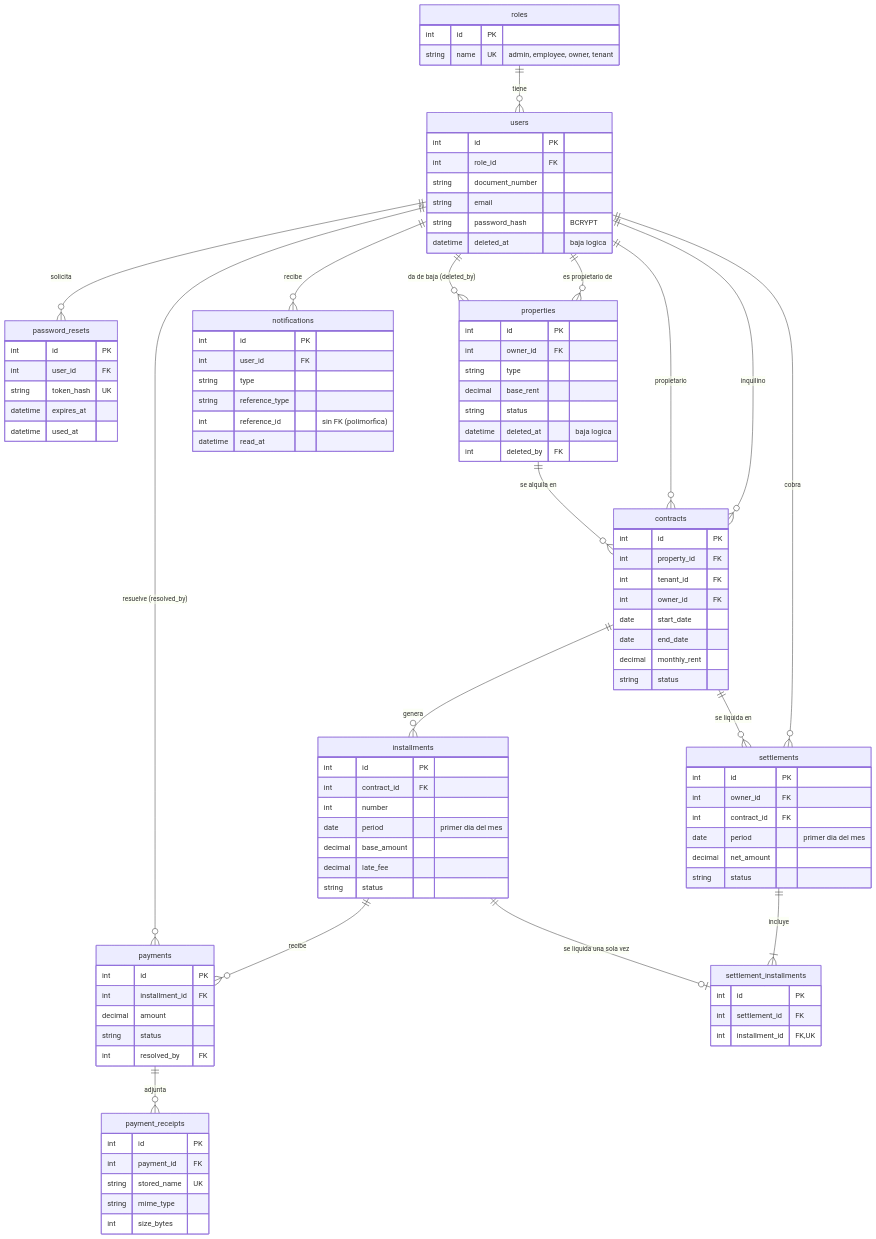
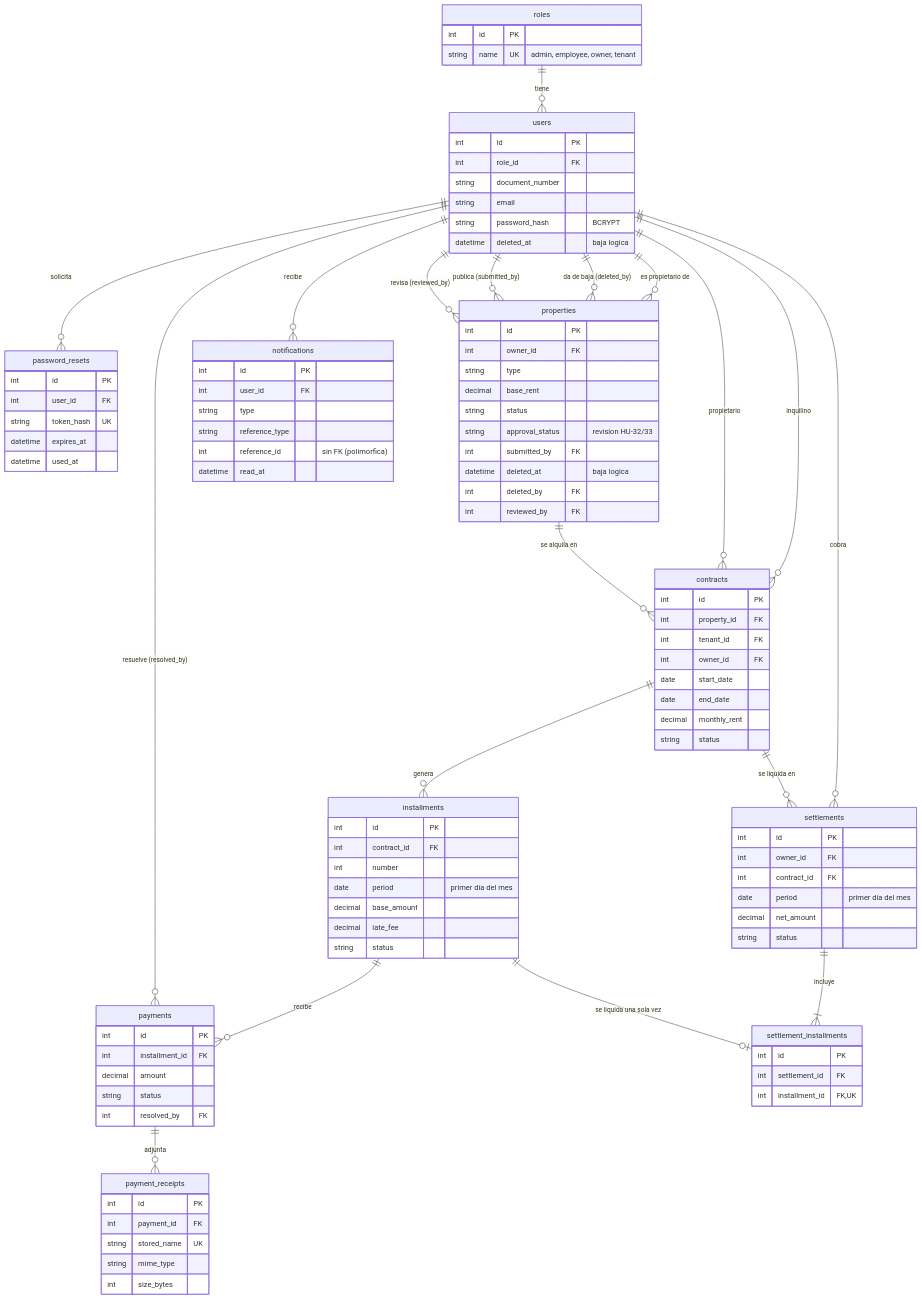
Before and after one commit to EihtSlowFlow/PS-TP_FINAL: the diagram in .docs/base_de_datos/MODELO_DE_DATOS.md, drawn with Mermaid. The commit also changed other lines of this file and 28 other files, not shown here.

```diff
--- a/.docs/base_de_datos/MODELO_DE_DATOS.md
+++ b/.docs/base_de_datos/MODELO_DE_DATOS.md
@@ -38,6 +38,8 @@
     users ||--o{ password_resets : "solicita"
     users ||--o{ properties : "es propietario de"
     users ||--o{ properties : "da de baja (deleted_by)"
+    users ||--o{ properties : "publica (submitted_by)"
+    users ||--o{ properties : "revisa (reviewed_by)"
     users ||--o{ contracts : "inquilino"
     users ||--o{ contracts : "propietario"
     properties ||--o{ contracts : "se alquila en"
@@ -76,8 +78,11 @@
         string type
         decimal base_rent
         string status
+        string approval_status "revision HU-32/33"
+        int submitted_by FK
         datetime deleted_at "baja logica"
         int deleted_by FK
+        int reviewed_by FK
     }
     contracts {
         int id PK
```
